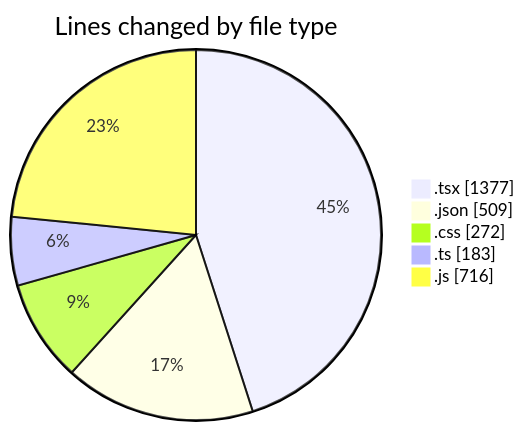
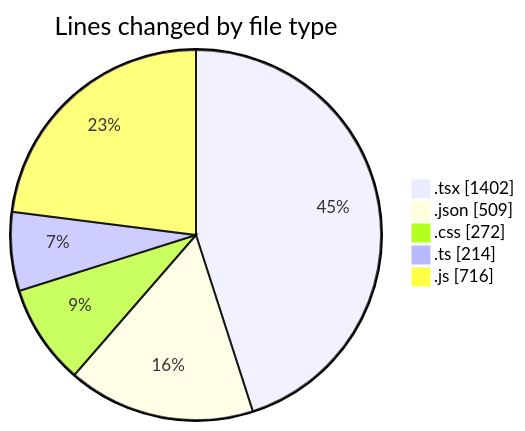
Before and after one commit to Elitesun/code-tracking: the first of 2 diagrams in 2025-05-04/niten/README.md, drawn with Mermaid. The commit also changed other lines of this file and 1 other file, not shown here.

````diff
--- a/2025-05-04/niten/README.md
+++ b/2025-05-04/niten/README.md
@@ -49,9 +49,9 @@
 ```mermaid
 pie showData
 title Lines changed by file type
-".tsx" : 1377
+".tsx" : 1402
 ".json" : 509
 ".css" : 272
-".ts" : 183
+".ts" : 214
 ".js" : 716
 ```
````
